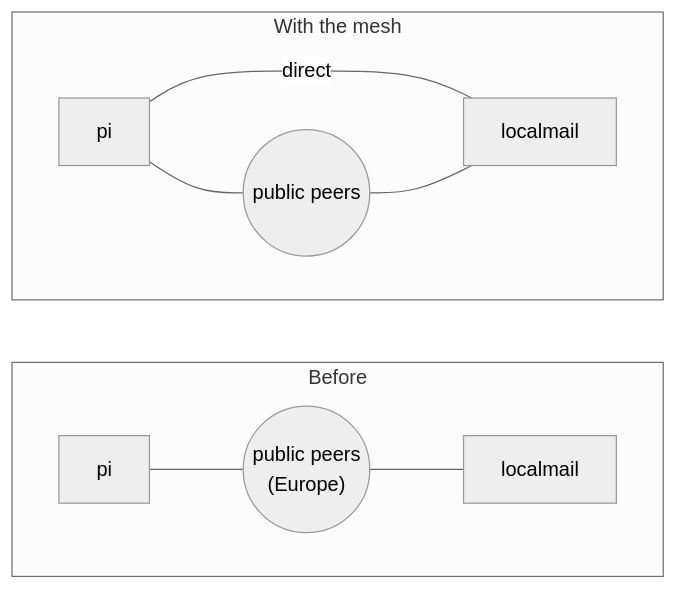
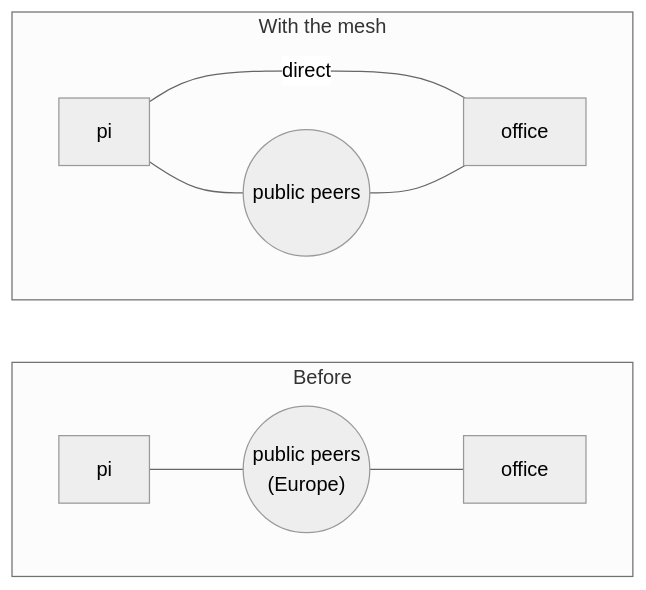
One commit to peterretief/yggstore changed the diagram in docs/mesh.md. Above: the diagram before and after it, drawn with Mermaid (neutral theme). The commit also changed other lines of this file and 6 other files, not shown here.

````diff
--- a/docs/mesh.md
+++ b/docs/mesh.md
@@ -22,12 +22,12 @@
 ```mermaid
 flowchart LR
   subgraph before["Before"]
     direction LR
-    a1["pi"] --- w1(("public peers<br/>(Europe)")) --- b1["localmail"]
+    a1["pi"] --- w1(("public peers<br/>(Europe)")) --- b1["office"]
   end
   subgraph after["With the mesh"]
     direction LR
-    a2["pi"] -- "direct" --- b2["localmail"]
+    a2["pi"] -- "direct" --- b2["office"]
     a2 --- w2(("public peers")) --- b2
   end
 ```
````
